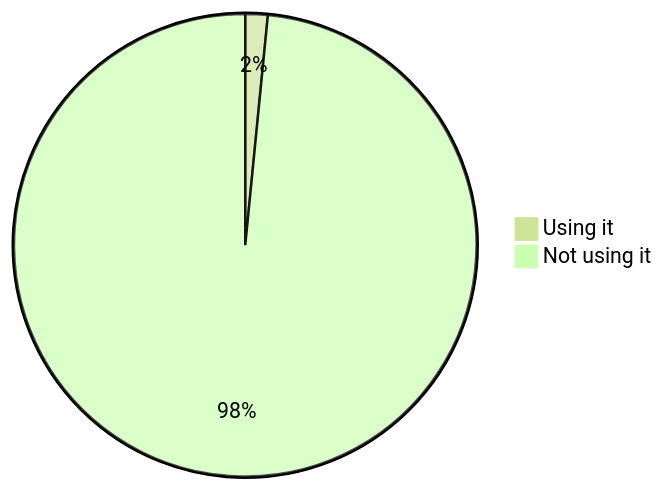
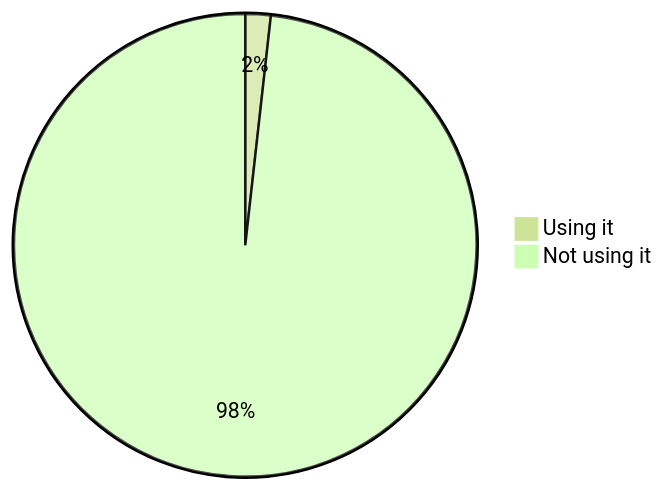
Before and after one commit to oshp/oshp-stats: the eighth of 22 diagrams in stats.md, drawn with Mermaid (forest theme). The commit also changed other lines of this file, not shown here.

````diff
--- a/stats.md
+++ b/stats.md
@@ -94,6 +94,6 @@
 ```mermaid
 pie
-	"Using it" : 1.56
-	"Not using it" : 98.44
+	"Using it" : 1.77
+	"Not using it" : 98.23
 
 ```
````
